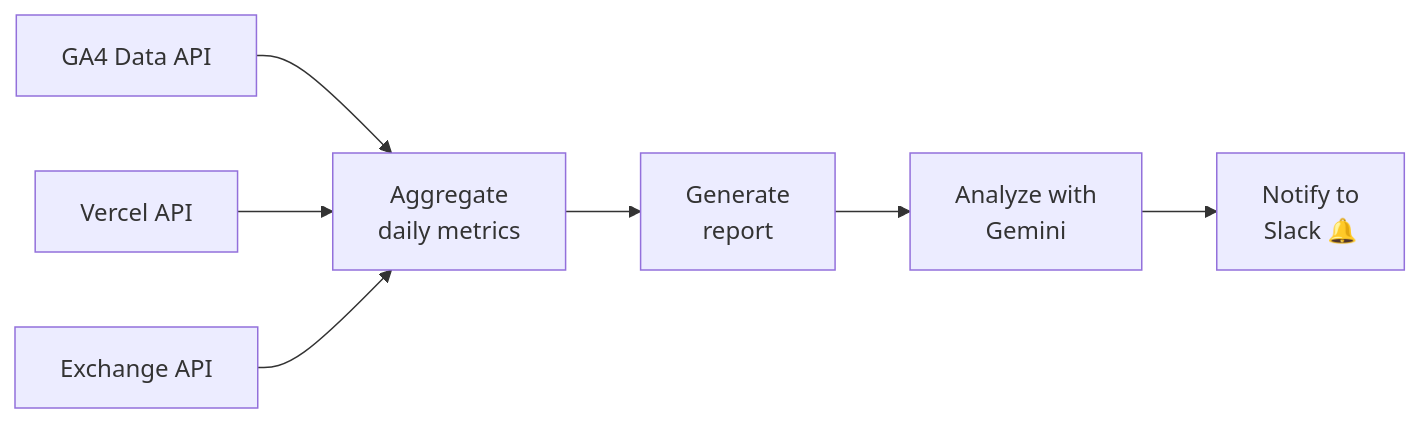
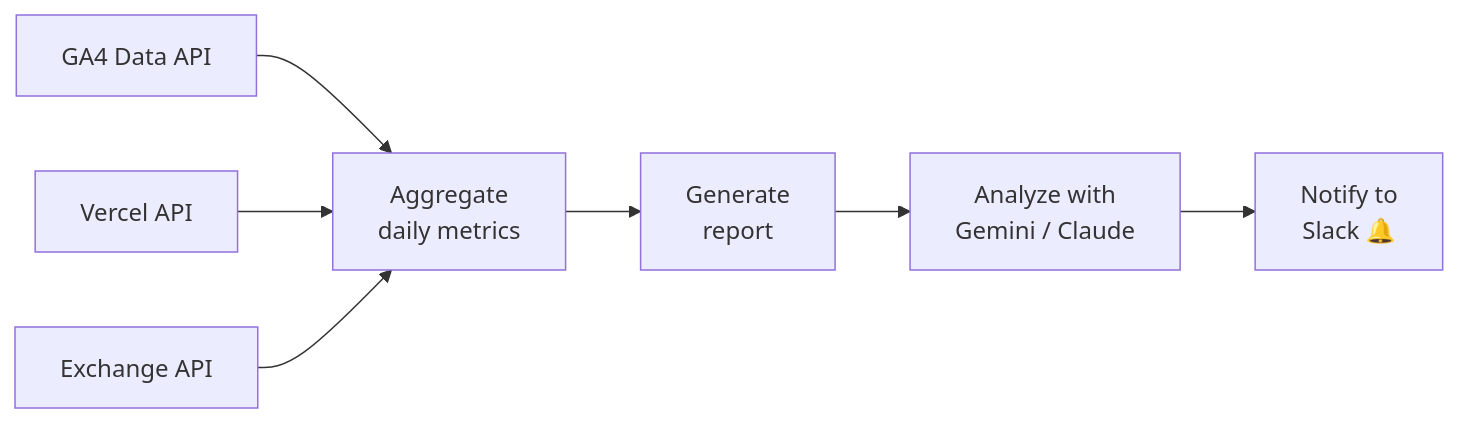
One commit to 4okimi7uki/pvvc changed the diagram in README.md. Above: the diagram before and after it, drawn with Mermaid. The commit also changed other lines of this file and 2 other files, not shown here.

````diff
--- a/README.md
+++ b/README.md
@@ -42,18 +42,18 @@
 ```mermaid
 flowchart LR
     GA4[GA4 Data API]
     Vercel[Vercel API]
     Exchange[Exchange API]
 
     Agg["Aggregate\ndaily metrics"]
     Report["Generate\nreport"]
-    Gemini["Analyze with\nGemini"]
+    Gemini["Analyze with\nGemini / Claude"]
     Slack["Notify to\nSlack 🔔"]
 
     GA4 --> Agg
     Vercel --> Agg
     Exchange --> Agg
     Agg --> Report
     Report --> Gemini
     Gemini --> Slack
 ```
````
